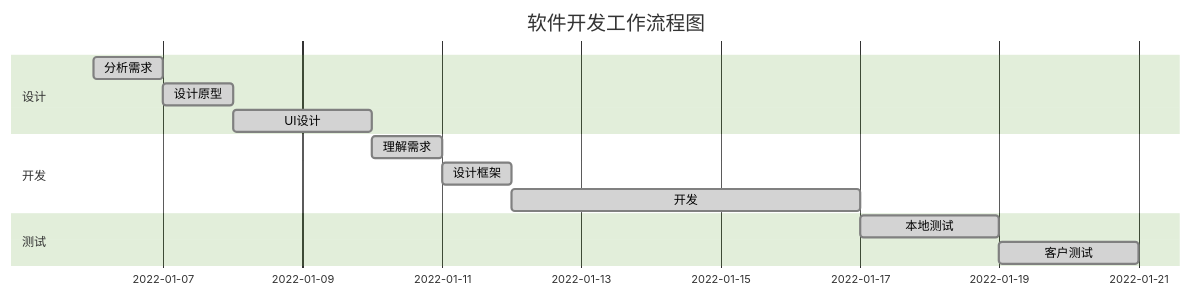
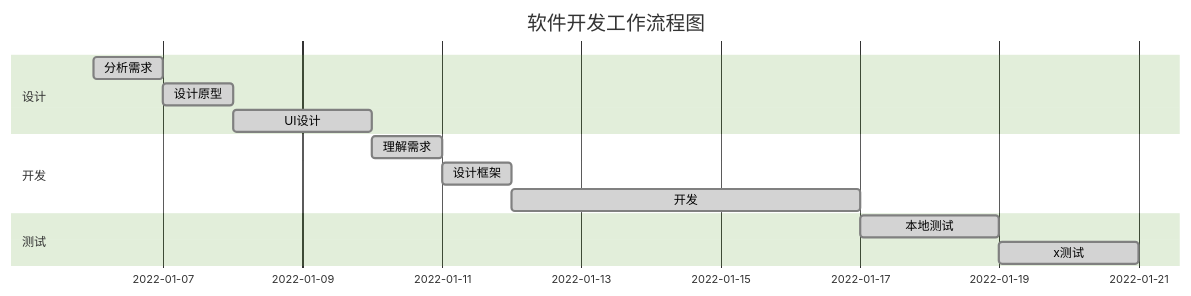
Before and after one commit to wly130/notes: the fifth of 6 diagrams in 笔记/Markdown语法.md, drawn with Mermaid (forest theme). The commit also changed other lines of this file and 7 other files, not shown here.

````diff
--- a/笔记/Markdown语法.md
+++ b/笔记/Markdown语法.md
@@ -180,19 +180,19 @@
 ```mermaid
 gantt
 	dateFormat  YYYY-MM-DD
 	title 软件开发工作流程图
 
 	section 设计
 	分析需求:done,des1, 2022-01-06,1d
 	设计原型:done,des2, after des1, 1d
 	UI设计:done,des3, after des2, 2d
 
 	section 开发
 	理解需求:done,des4, after des3, 1d
 	设计框架:done, des5, after des4, 1d
 	开发:done, des6, after des5, 5d
 
 	section 测试
 	本地测试:done, des7,after des6, 2d
-	客户测试:done,des8,after des7, 2d
+	x测试:done,des8,after des7, 2d
 ```
````
